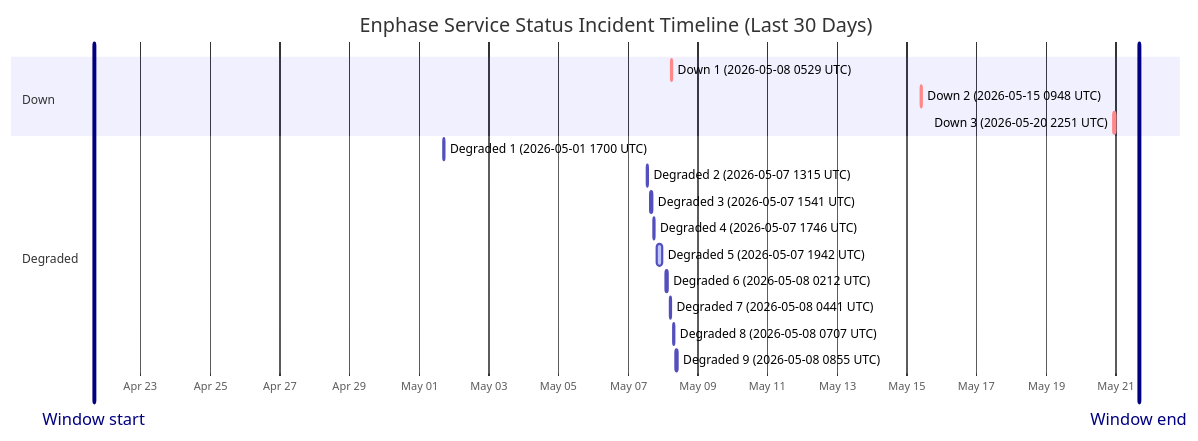
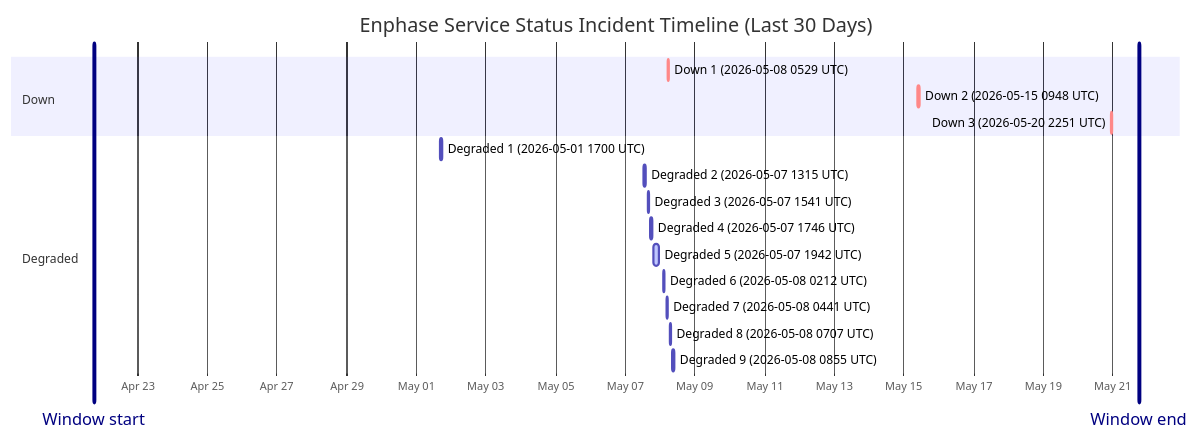
Before and after one commit to barneyonline/ha-enphase-ev-charger: the diagram in wiki/Service-Status-History.md, drawn with Mermaid. The commit also changed other lines of this file and 3 other files, not shown here.

````diff
--- a/wiki/Service-Status-History.md
+++ b/wiki/Service-Status-History.md
@@ -14,22 +14,22 @@
 ```mermaid
 gantt
     title Enphase Service Status Incident Timeline (Last 30 Days)
     dateFormat  YYYY-MM-DDTHH:mm:ss
     axisFormat  %b %d
-    Window start :vert, window-start, 2026-04-21T15:55:43, 0ms
-    Window end :vert, window-end, 2026-05-21T15:55:43, 0ms
+    Window start :vert, window-start, 2026-04-21T17:58:50, 0ms
+    Window end :vert, window-end, 2026-05-21T17:58:50, 0ms
     section Down
     Down 1 (2026-05-08 0529 UTC) :crit, down-1, 2026-05-08T05:29:47, 60m
     Down 2 (2026-05-15 0948 UTC) :crit, down-2, 2026-05-15T09:48:18, 60m
     Down 3 (2026-05-20 2251 UTC) :crit, down-3, 2026-05-20T22:51:14, 75m
     section Degraded
     Degraded 1 (2026-05-01 1700 UTC) :active, degraded-1, 2026-05-01T17:00:22, 60m
     Degraded 2 (2026-05-07 1315 UTC) :active, degraded-2, 2026-05-07T13:15:25, 60m
     Degraded 3 (2026-05-07 1541 UTC) :active, degraded-3, 2026-05-07T15:41:58, 60m
     Degraded 4 (2026-05-07 1746 UTC) :active, degraded-4, 2026-05-07T17:46:51, 60m
     Degraded 5 (2026-05-07 1942 UTC) :active, degraded-5, 2026-05-07T19:42:10, 249m
     Degraded 6 (2026-05-08 0212 UTC) :active, degraded-6, 2026-05-08T02:12:39, 60m
     Degraded 7 (2026-05-08 0441 UTC) :active, degraded-7, 2026-05-08T04:41:46, 60m
     Degraded 8 (2026-05-08 0707 UTC) :active, degraded-8, 2026-05-08T07:07:30, 60m
     Degraded 9 (2026-05-08 0855 UTC) :active, degraded-9, 2026-05-08T08:55:20, 88m
 ```
````
